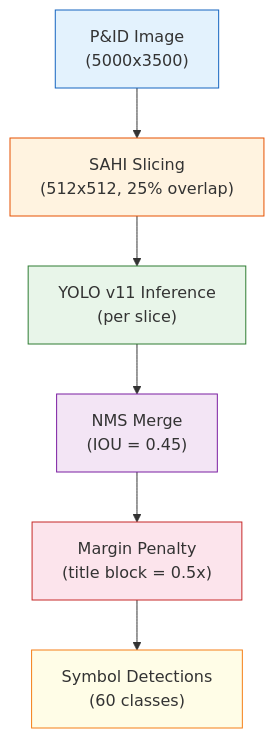
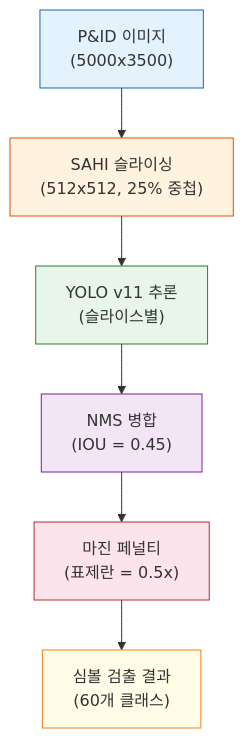
The diagram in docs-site/docs/pid-analysis/symbol-detection.md (uprootai/AX_OCR), drawn with Mermaid before and after one commit. The commit also changed other lines of this file and 64 other files, not shown here.

````diff
--- a/docs-site/docs/pid-analysis/symbol-detection.md
+++ b/docs-site/docs/pid-analysis/symbol-detection.md
@@ -146,18 +146,18 @@
 ```mermaid
 flowchart TD
-    Image["P&ID Image\n(5000x3500)"]
-    SAHI["SAHI Slicing\n(512x512, 25% overlap)"]
-    YOLO["YOLO v11 Inference\n(per slice)"]
-    NMS["NMS Merge\n(IOU = 0.45)"]
-    Margin["Margin Penalty\n(title block = 0.5x)"]
-    Output["Symbol Detections\n(60 classes)"]
+    Image["P&ID 이미지\n(5000x3500)"]
+    SAHI["SAHI 슬라이싱\n(512x512, 25% 중첩)"]
+    YOLO["YOLO v11 추론\n(슬라이스별)"]
+    NMS["NMS 병합\n(IOU = 0.45)"]
+    Margin["마진 페널티\n(표제란 = 0.5x)"]
+    Output["심볼 검출 결과\n(60개 클래스)"]
 
     Image --> SAHI --> YOLO --> NMS --> Margin --> Output
 
     style Image fill:#e3f2fd,stroke:#1565c0
     style SAHI fill:#fff3e0,stroke:#e65100
     style YOLO fill:#e8f5e9,stroke:#2e7d32
     style NMS fill:#f3e5f5,stroke:#7b1fa2
     style Margin fill:#fce4ec,stroke:#c62828
     style Output fill:#fffde7,stroke:#f57f17
 ```
````
